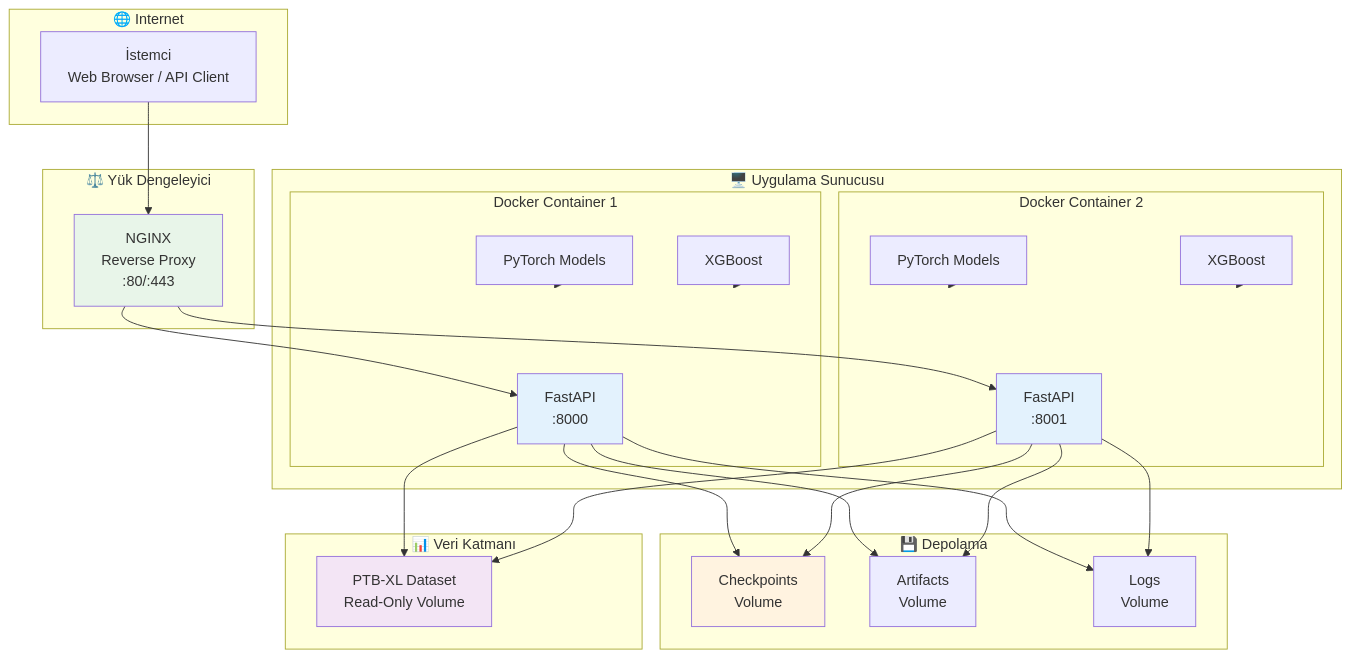
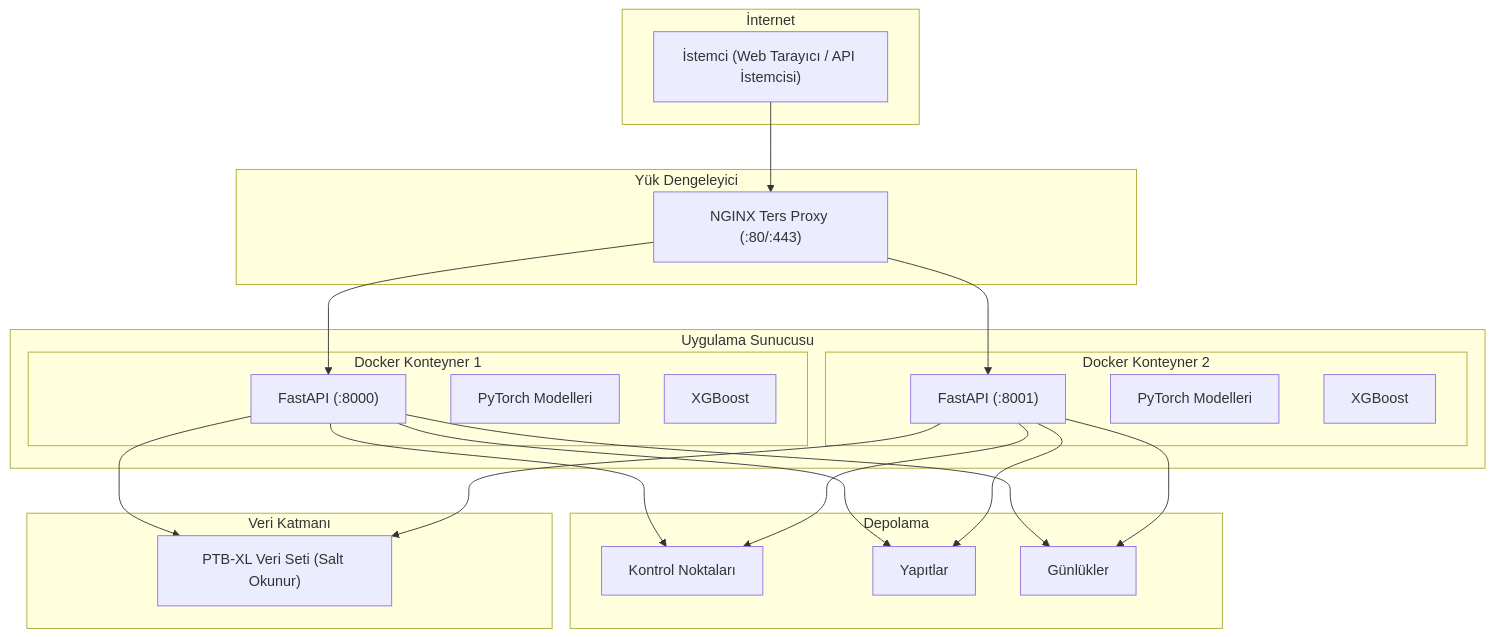
The first of 9 diagrams in docs/diagrams/05_deployment_diagram.md (mUsaulug/CardioGuard-AI), drawn with Mermaid before and after one commit. The commit also changed other lines of this file and 5 other files, not shown here.

````diff
--- a/docs/diagrams/05_deployment_diagram.md
+++ b/docs/diagrams/05_deployment_diagram.md
@@ -19,50 +31,46 @@
 ```mermaid
 graph TB
-    subgraph Internet["🌐 Internet"]
-        CLIENT["İstemci<br/>Web Browser / API Client"]
+    subgraph Internet["İnternet"]
+        CLIENT["İstemci (Web Tarayıcı / API İstemcisi)"]
     end
     
-    subgraph LoadBalancer["⚖️ Yük Dengeleyici"]
-        NGINX["NGINX<br/>Reverse Proxy<br/>:80/:443"]
+    subgraph Yuk_Dengeleyici["Yük Dengeleyici"]
+        NGINX["NGINX Ters Proxy (:80/:443)"]
     end
     
-    subgraph ApplicationServer["🖥️ Uygulama Sunucusu"]
-        subgraph Container1["Docker Container 1"]
-            FASTAPI1["FastAPI<br/>:8000"]
-            MODELS1["PyTorch Models"]
+    subgraph Uygulama_Sunucusu["Uygulama Sunucusu"]
+        subgraph Container1["Docker Konteyner 1"]
+            FASTAPI1["FastAPI (:8000)"]
+            MODELS1["PyTorch Modelleri"]
             XGB1["XGBoost"]
         end
         
-        subgraph Container2["Docker Container 2"]
-            FASTAPI2["FastAPI<br/>:8001"]
-            MODELS2["PyTorch Models"]
+        subgraph Container2["Docker Konteyner 2"]
+            FASTAPI2["FastAPI (:8001)"]
+            MODELS2["PyTorch Modelleri"]
             XGB2["XGBoost"]
         end
     end
     
-    subgraph Storage["💾 Depolama"]
-        CHECKPOINTS["Checkpoints<br/>Volume"]
-        ARTIFACTS["Artifacts<br/>Volume"]
-        LOGS["Logs<br/>Volume"]
+    subgraph Depolama["Depolama"]
+        CHECKPOINTS["Kontrol Noktaları"]
+        ARTIFACTS["Yapıtlar"]
+        LOGS["Günlükler"]
     end
     
-    subgraph DataLayer["📊 Veri Katmanı"]
-        PTBXL["PTB-XL Dataset<br/>Read-Only Volume"]
+    subgraph Veri_Katmani["Veri Katmanı"]
+        PTBXL["PTB-XL Veri Seti (Salt Okunur)"]
     end
     
     CLIENT --> NGINX
-    NGINX --> FASTAPI1 & FASTAPI2
-    FASTAPI1 & FASTAPI2 --> CHECKPOINTS & ARTIFACTS & LOGS
-    FASTAPI1 & FASTAPI2 --> PTBXL
-    
-    MODELS1 -.-> Container1
-    MODELS2 -.-> Container2
-    XGB1 -.-> Container1
-    XGB2 -.-> Container2
-    
-    style NGINX fill:#e8f5e9
-    style FASTAPI1 fill:#e3f2fd
-    style FASTAPI2 fill:#e3f2fd
-    style CHECKPOINTS fill:#fff3e0
-    style PTBXL fill:#f3e5f5
+    NGINX --> FASTAPI1
+    NGINX --> FASTAPI2
+    FASTAPI1 --> CHECKPOINTS
+    FASTAPI1 --> ARTIFACTS
+    FASTAPI1 --> LOGS
+    FASTAPI2 --> CHECKPOINTS
+    FASTAPI2 --> ARTIFACTS
+    FASTAPI2 --> LOGS
+    FASTAPI1 --> PTBXL
+    FASTAPI2 --> PTBXL
 ```
````
